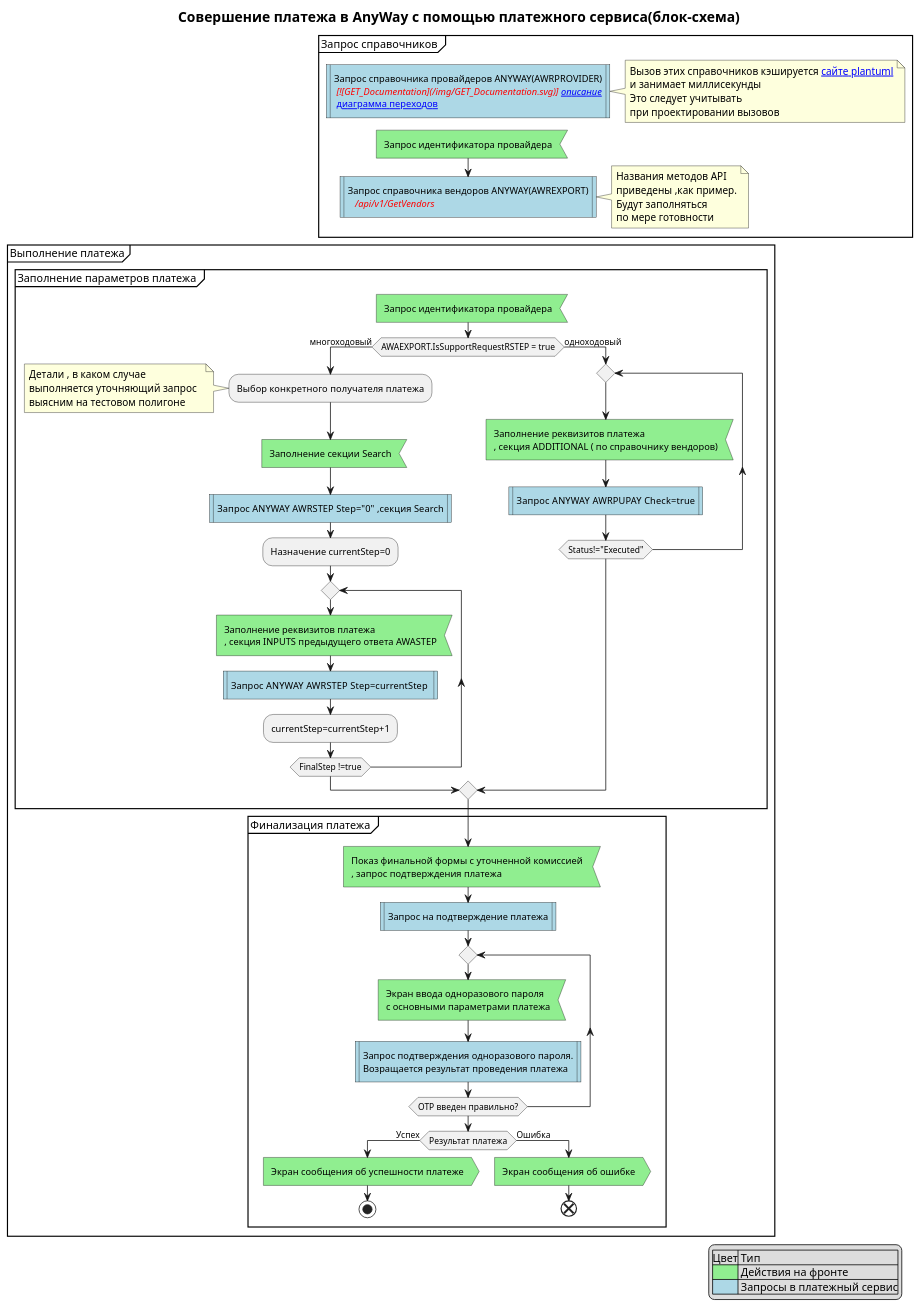
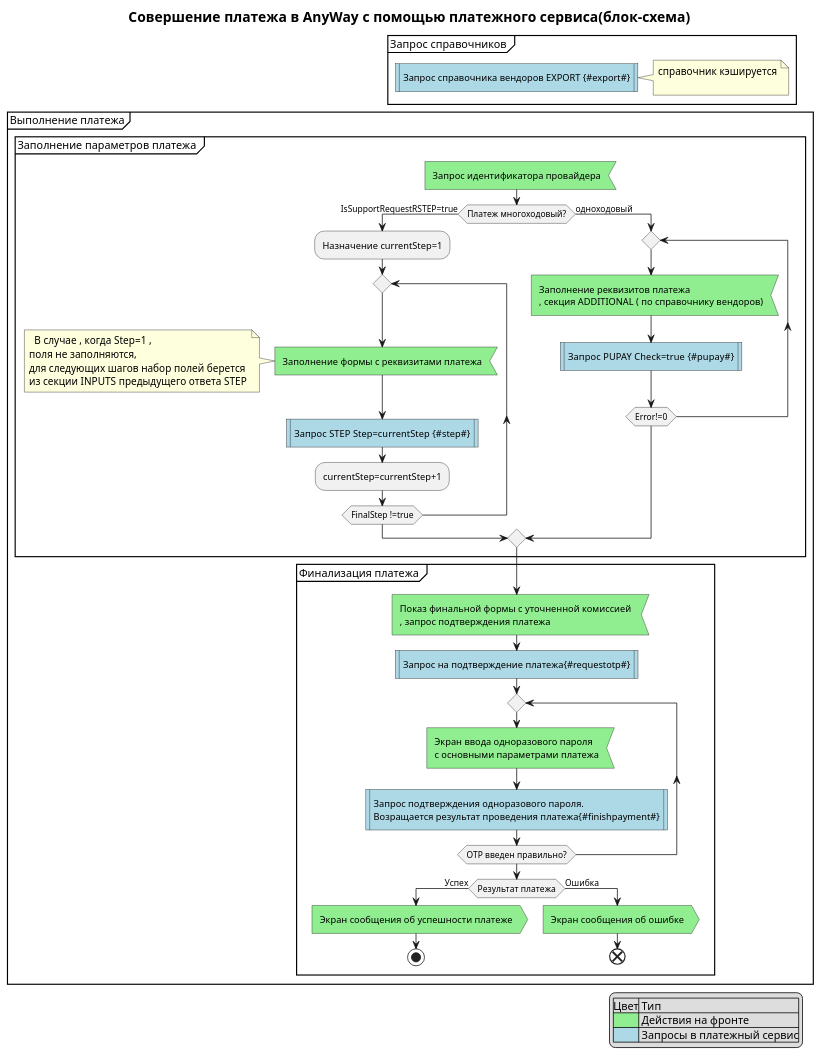
Before and after one commit to slavickk/ephysix: the diagram in ParserLibrary/Plugins/SwaggerUIData/PlantUML/UseCaseDiagram1.puml, drawn with PlantUML. The commit also changed 111 other files, not shown here.

```diff
--- a/ParserLibrary/Plugins/SwaggerUIData/PlantUML/UseCaseDiagram1.puml
+++ b/ParserLibrary/Plugins/SwaggerUIData/PlantUML/UseCaseDiagram1.puml
@@ -1,77 +1,64 @@
 @startuml
 title = Совершение платежа в AnyWay с помощью платежного сервиса(блок-схема)
 partition "Запрос справочников "{
-#lightblue :Запрос справочника провайдеров ANYWAY(AWRPROVIDER)\n <color:red><i>[![GET_Documentation](/img/GET_Documentation.svg)] [[/swagger/index.html#/INFO/getexport описание]]</i>\n [[/Files/export.html диаграмма переходов]] |
-detach
+
+#lightblue :Запрос справочника вендоров EXPORT {#export#}|
 note right
-  Вызов этих справочников кэшируется [[http://plantuml.com сайте plantuml]]
-  и занимает миллисекунды  
-  Это следует учитывать
-  при проектировании вызовов
-end note
-#lightgreen :Запрос идентификатора провайдера<
+справочник кэшируется
 
-#lightblue :Запрос справочника вендоров ANYWAY(AWREXPORT)\n  <color:red><i> /api/v1/GetVendors</i>|
-note right
-  Названия методов API 
-  приведены ,как пример.
-  Будут заполняться
-  по мере готовности
 end note
 
 }
 
 detach
 group Выполнение платежа
 partition "Заполнение параметров платежа "{
 #lightgreen :Запрос идентификатора провайдера<
 
-if(AWAEXPORT.IsSupportRequestRSTEP = true) then (многоходовый)
-  :Выбор  конкретного получателя платежа;
+if(Платеж многоходовый?) then (IsSupportRequestRSTEP=true)
+ :Назначение currentStep=1;
+repeat
+#lightgreen :Заполнение формы с реквизитами платежа<
 note left
-  Детали , в каком случае
-  выполняется уточняющий запрос  
-  выясним на тестовом полигоне
+  В случае , когда Step=1 ,
+поля не заполняются,
+для следующих шагов набор полей берется 
+из секции INPUTS предыдущего ответа STEP
 end note
 
-  #lightgreen :Заполнение секции Search<
-#lightblue :Запрос ANYWAY AWRSTEP  Step="0" ,секция Search|
-:Назначение currentStep=0;
-repeat
-#lightgreen :Заполнение реквизитов платежа\n, секция INPUTS предыдущего ответа AWASTEP<
-#lightblue :Запрос ANYWAY AWRSTEP  Step=currentStep |
+#lightblue :Запрос STEP  Step=currentStep {#step#}|
 :currentStep=currentStep+1;
 repeat while(FinalStep !=true) 
 
 else (одноходовый)
 repeat
 #lightgreen :Заполнение реквизитов платежа\n, секция ADDITIONAL ( по справочнику вендоров)<
-#lightblue :Запрос ANYWAY AWRPUPAY  Check=true|
-repeat while(Status!="Executed") 
+#lightblue :Запрос PUPAY  Check=true {#pupay#}|
+repeat while(Error!=0) 
 endif
 
 }
 partition "Финализация платежа "{
 #lightgreen :Показ финальной формы с уточненной комиссией \n, запрос подтверждения платежа<
-#lightblue :Запрос на подтверждение платежа|
+#lightblue :Запрос на подтверждение платежа{#requestotp#}|
 repeat
 #lightgreen :Экран ввода одноразового пароля \nс основными параметрами платежа<
 
-#lightblue :Запрос подтверждения одноразового пароля.\nВозращается результат проведения платежа|
+#lightblue :Запрос подтверждения одноразового пароля.\nВозращается результат проведения платежа{#finishpayment#}|
 repeat while(OTP введен правильно?) 
 if(Результат платежа) then (Успех)
 #lightgreen :Экран сообщения об успешности платеже>
 stop
 else (Ошибка)
 #lightgreen :Экран сообщения об ошибке>
 end
 endif
 }
 end group
 
 legend right
     |Цвет| Тип |
     |<#lightgreen>| Действия на фронте|
     |<#lightblue>| Запросы в платежный сервис|
 endlegend
 @enduml
```
